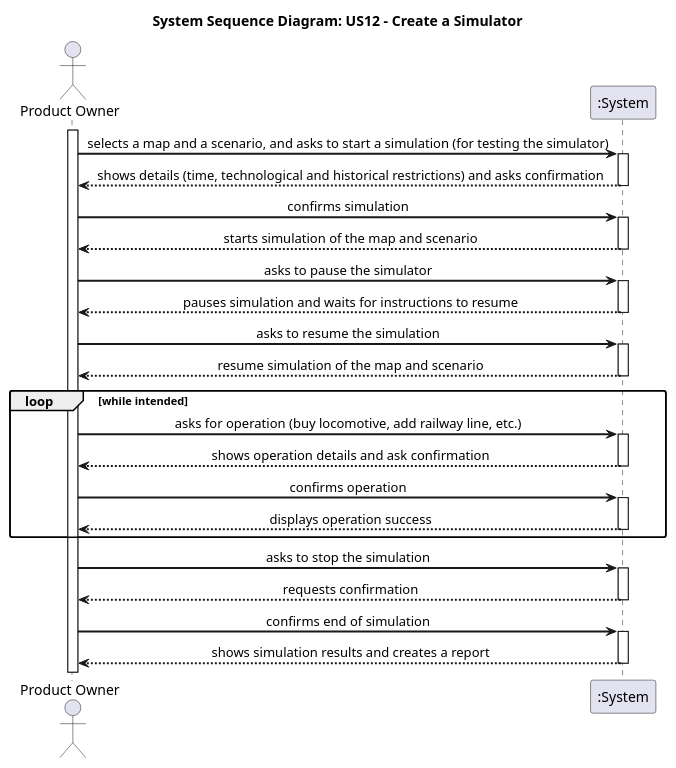
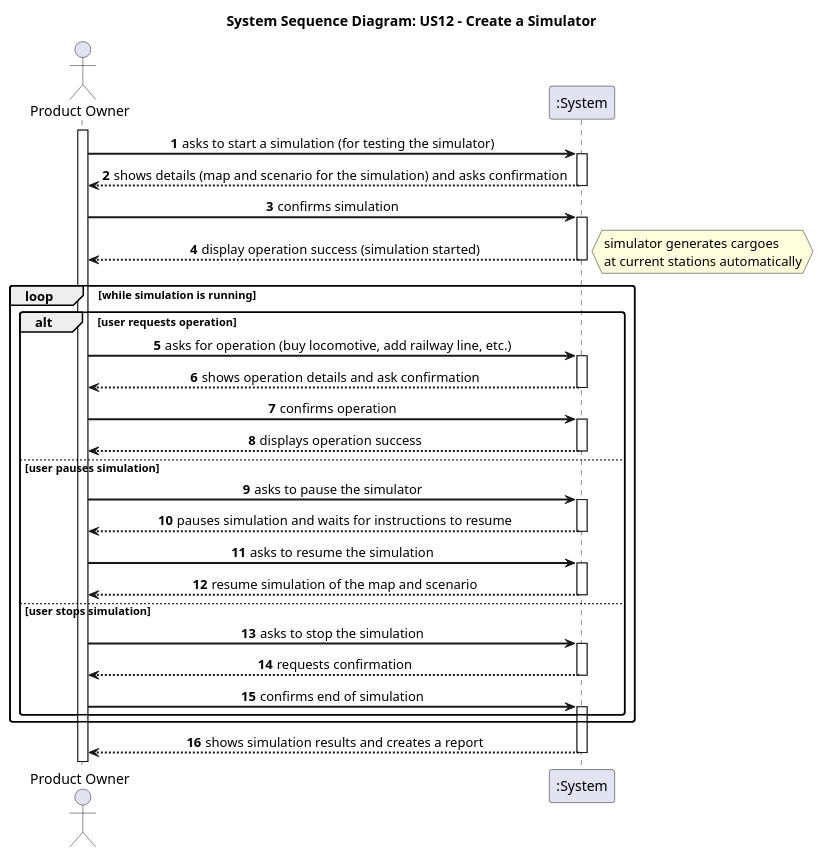
One commit to HenriqueSilva18/Railway-Network-Simulator changed the diagram in docs/system-documentation/Sprint 1/US12/01.requirements-engineering/puml/US12-SSD.puml. Above: the diagram before and after it, drawn with PlantUML. The commit also changed 8 other files, not shown here.

```diff
--- a/docs/system-documentation/Sprint 1/US12/01.requirements-engineering/puml/US12-SSD.puml
+++ b/docs/system-documentation/Sprint 1/US12/01.requirements-engineering/puml/US12-SSD.puml
@@ -1,63 +1,74 @@
 @startuml
 skinparam sequenceMessageAlign center
 skinparam sequenceArrowThickness 2
 skinparam roundcorner 5
+autonumber
 
 title System Sequence Diagram: US12 - Create a Simulator
 
 actor "Product Owner" as PO
 participant ":System" as System
 
 activate PO
 
-    PO -> System : selects a map and a scenario, and asks to start a simulation (for testing the simulator)
+    PO -> System : asks to start a simulation (for testing the simulator)
     activate System
 
-        System --> PO : shows details (time, technological and historical restrictions) and asks confirmation
+        System --> PO : shows details (map and scenario for the simulation) and asks confirmation
     deactivate System
 
     PO -> System : confirms simulation
     activate System
 
-        System --> PO : starts simulation of the map and scenario
+        System --> PO : display operation success (simulation started)
     deactivate System
 
-    PO -> System : asks to pause the simulator
-    activate System
+    hnote right
+        simulator generates cargoes
+        at current stations automatically
+    end note
 
-        System --> PO : pauses simulation and waits for instructions to resume
-    deactivate System
+    loop while simulation is running
+        alt user requests operation
+            PO -> System : asks for operation (buy locomotive, add railway line, etc.)
+            activate System
 
-    PO -> System : asks to resume the simulation
-    activate System
+                System --> PO : shows operation details and ask confirmation
+            deactivate System
 
-        System --> PO : resume simulation of the map and scenario
-    deactivate System
+            PO -> System : confirms operation
+            activate System
 
-    loop while intended
-        PO -> System : asks for operation (buy locomotive, add railway line, etc.)
-        activate System
+                System --> PO : displays operation success
+            deactivate System
 
-            System --> PO : shows operation details and ask confirmation
-        deactivate System
+        else user pauses simulation
+            PO -> System : asks to pause the simulator
+            activate System
 
-        PO -> System : confirms operation
-        activate System
+                System --> PO : pauses simulation and waits for instructions to resume
+            deactivate System
 
-            System --> PO : displays operation success
-        deactivate System
+            PO -> System : asks to resume the simulation
+            activate System
+
+                System --> PO : resume simulation of the map and scenario
+            deactivate System
+
+        else user stops simulation
+            PO -> System : asks to stop the simulation
+            activate System
+
+                System --> PO : requests confirmation
+            deactivate System
+
+            PO -> System : confirms end of simulation
+            activate System
+
+        end
     end
-
-    PO -> System : asks to stop the simulation
-    activate System
-
-        System --> PO : requests confirmation
-    deactivate System
-
-    PO -> System : confirms end of simulation
-    activate System
 
         System --> PO : shows simulation results and creates a report
     deactivate System
 
 @enduml
```
